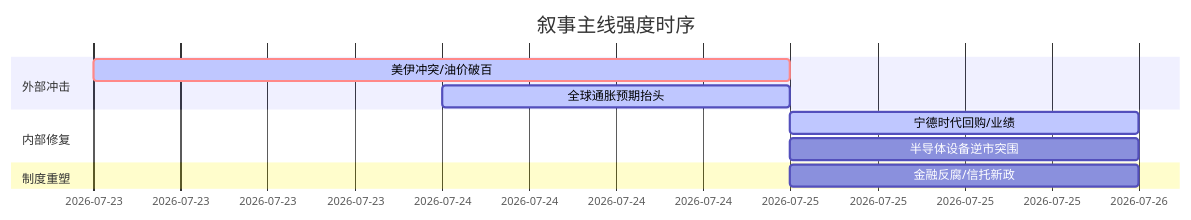
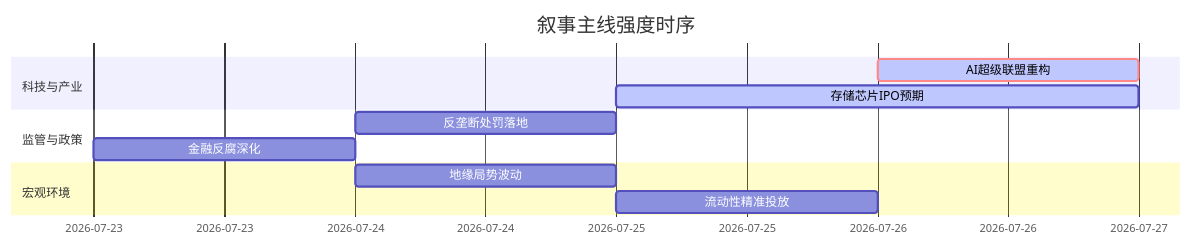
The diagram in 5day_report.md (uu5zn/uu5zn.github.io), drawn with Mermaid before and after one commit. The commit also changed other lines of this file and 3 other files, not shown here.

````diff
--- a/5day_report.md
+++ b/5day_report.md
@@ -54,15 +53,16 @@
 ```mermaid
 gantt
     title 叙事主线强度时序
-    dateFormat YYYY-MM-DD
-    section 外部冲击
-    美伊冲突/油价破百 :crit, active, 2026-07-23, 2d
-    全球通胀预期抬头   :active, 2026-07-24, 1d
+    dateFormat  YYYY-MM-DD
+    section 科技与产业
+    AI超级联盟重构   :crit, active, 2026-07-26, 1d
+    存储芯片IPO预期   :active, 2026-07-25, 2d
     
-    section 内部修复
-    宁德时代回购/业绩 :active, 2026-07-25, 1d
-    半导体设备逆市突围 :2026-07-25, 1d
+    section 监管与政策
+    反垄断处罚落地   :2026-07-24, 1d
+    金融反腐深化     :2026-07-23, 1d
     
-    section 制度重塑
-    金融反腐/信托新政 :2026-07-25, 1d
+    section 宏观环境
+    地缘局势波动     :2026-07-24, 1d
+    流动性精准投放   :2026-07-25, 1d
 ```
````
